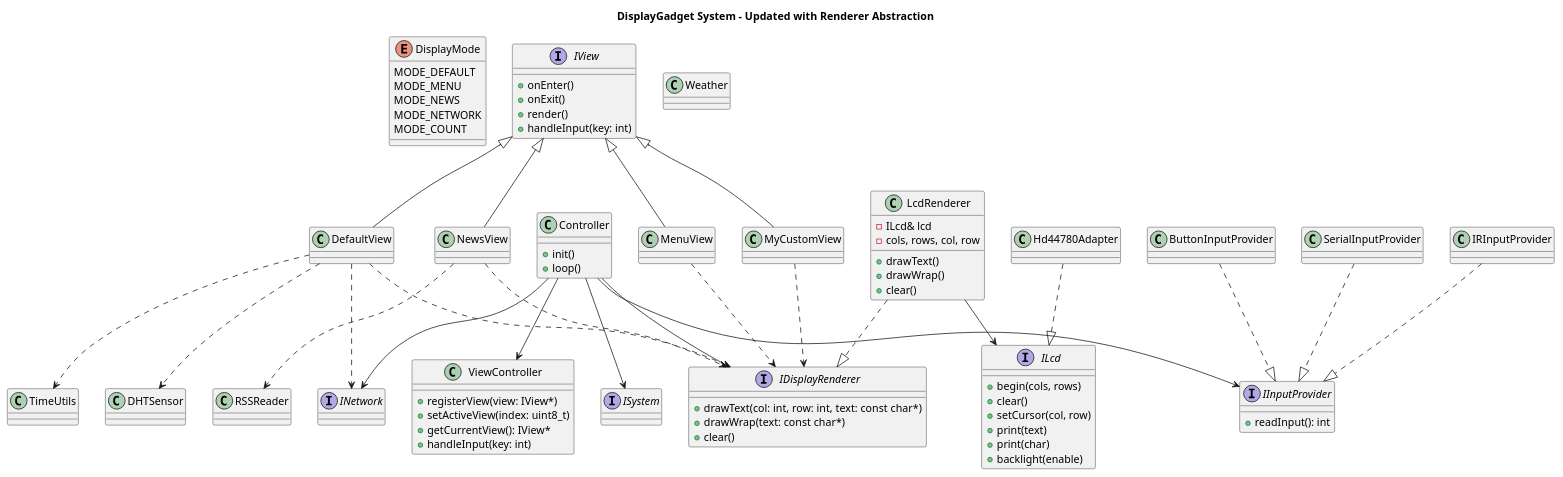
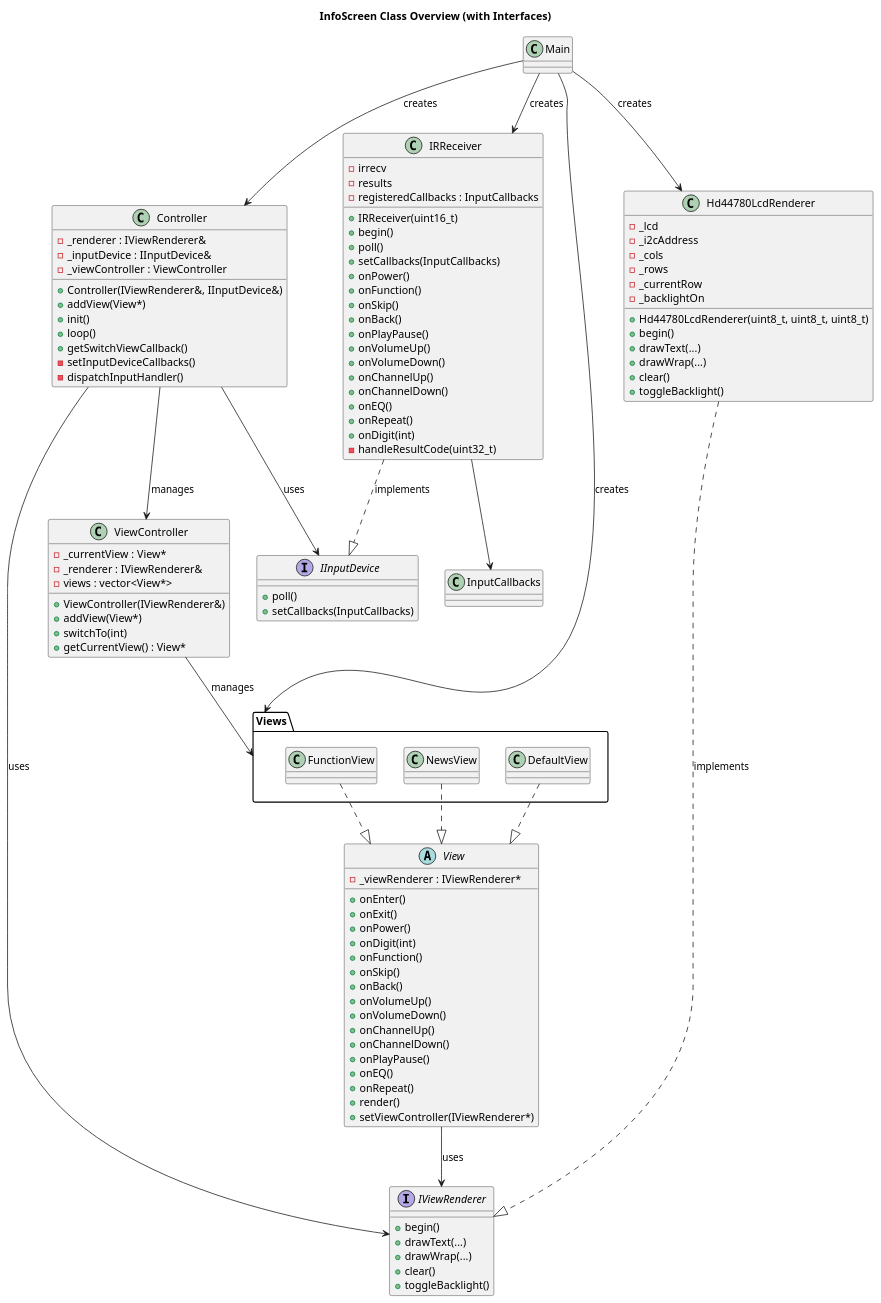
Before and after one commit to mholthaus99/InfoScreen: the diagram in trial.puml, drawn with PlantUML. The commit also changed other lines of this file and 36 other files, not shown here.

```diff
--- a/trial.puml
+++ b/trial.puml
@@ -1,114 +1,137 @@
 @startuml
-title DisplayGadget System - Updated with Renderer Abstraction
+title InfoScreen Class Overview (with Interfaces)
 
-' ==== ENUM ====
-enum DisplayMode {
-    MODE_DEFAULT
-    MODE_MENU
-    MODE_NEWS
-    MODE_NETWORK
-    MODE_COUNT
+' ==== INTERFACES ====
+interface IViewRenderer {
+    +begin()
+    +drawText(...)
+    +drawWrap(...)
+    +clear()
+    +toggleBacklight()
 }
 
-' ==== CORE CONTROLLERS ====
+interface IInputDevice {
+    +poll()
+    +setCallbacks(InputCallbacks)
+}
+
+' ==== CONTROLLER LAYER ====
 class Controller {
+    +Controller(IViewRenderer&, IInputDevice&)
+    +addView(View*)
     +init()
     +loop()
+    +getSwitchViewCallback()
+    -setInputDeviceCallbacks()
+    -dispatchInputHandler()
+    -_renderer : IViewRenderer&
+    -_inputDevice : IInputDevice&
+    -_viewController : ViewController
 }
 
 class ViewController {
-    +registerView(view: IView*)
-    +setActiveView(index: uint8_t)
-    +getCurrentView(): IView*
-    +handleInput(key: int)
+    +ViewController(IViewRenderer&)
+    +addView(View*)
+    +switchTo(int)
+    +getCurrentView() : View*
+    -_currentView : View*
+    -_renderer : IViewRenderer&
+    -views : vector<View*>
 }
 
-' ==== INTERFACES ====
-interface IView {
+' ==== VIEW LAYER ====
+abstract class View {
     +onEnter()
     +onExit()
+    +onPower()
+    +onDigit(int)
+    +onFunction()
+    +onSkip()
+    +onBack()
+    +onVolumeUp()
+    +onVolumeDown()
+    +onChannelUp()
+    +onChannelDown()
+    +onPlayPause()
+    +onEQ()
+    +onRepeat()
     +render()
-    +handleInput(key: int)
+    +setViewController(IViewRenderer*)
+    -_viewRenderer : IViewRenderer*
 }
 
-interface IDisplayRenderer {
-    +drawText(col: int, row: int, text: const char*)
-    +drawWrap(text: const char*)
-    +clear()
+package "Views"{
+class DefaultView
+class FunctionView
+class NewsView
 }
 
-interface ILcd {
-    +begin(cols, rows)
+' ==== RENDERER & INPUT ====
+class Hd44780LcdRenderer {
+    +Hd44780LcdRenderer(uint8_t, uint8_t, uint8_t)
+    +begin()
+    +drawText(...)
+    +drawWrap(...)
     +clear()
-    +setCursor(col, row)
-    +print(text)
-    +print(char)
-    +backlight(enable)
+    +toggleBacklight()
+    -_lcd
+    -_i2cAddress
+    -_cols
+    -_rows
+    -_currentRow
+    -_backlightOn
 }
 
-interface IInputProvider {
-    +readInput(): int
+class IRReceiver {
+    +IRReceiver(uint16_t)
+    +begin()
+    +poll()
+    +setCallbacks(InputCallbacks)
+    +onPower()
+    +onFunction()
+    +onSkip()
+    +onBack()
+    +onPlayPause()
+    +onVolumeUp()
+    +onVolumeDown()
+    +onChannelUp()
+    +onChannelDown()
+    +onEQ()
+    +onRepeat()
+    +onDigit(int)
+    -handleResultCode(uint32_t)
+    -irrecv
+    -results
+    -registeredCallbacks : InputCallbacks
 }
 
-interface INetwork
-interface ISystem
+class InputCallbacks
 
-' ==== DISPLAY IMPLEMENTATION ====
-class LcdRenderer {
-    -ILcd& lcd
-    -cols, rows, col, row
-    +drawText()
-    +drawWrap()
-    +clear()
-}
-
-LcdRenderer ..|> IDisplayRenderer
-LcdRenderer --> ILcd
-
-class Hd44780Adapter
-Hd44780Adapter ..|> ILcd
-
-' ==== INPUTS ====
-class IRInputProvider
-class ButtonInputProvider
-class SerialInputProvider
-
-IRInputProvider ..|> IInputProvider
-ButtonInputProvider ..|> IInputProvider
-SerialInputProvider ..|> IInputProvider
-
-' ==== VIEWS ====
-class DefaultView
-class MenuView
-class NewsView
-class MyCustomView
-
-IView <|-- DefaultView
-IView <|-- MenuView
-IView <|-- NewsView
-IView <|-- MyCustomView
-
-DefaultView ..> IDisplayRenderer
-MenuView ..> IDisplayRenderer
-NewsView ..> IDisplayRenderer
-MyCustomView ..> IDisplayRenderer
-
-DefaultView ..> INetwork
-DefaultView ..> TimeUtils
-DefaultView ..> DHTSensor
-NewsView ..> RSSReader
-
-' ==== SYSTEM MODULES ====
-class DHTSensor
-class TimeUtils
-class RSSReader
-class Weather
+' ==== MAIN ENTRY ====
+class Main
 
 ' ==== RELATIONSHIPS ====
-Controller --> ViewController
-Controller --> IInputProvider
-Controller --> IDisplayRenderer
-Controller --> INetwork
-Controller --> ISystem
+Main --> Controller : creates
+Main --> Hd44780LcdRenderer : creates
+Main --> IRReceiver : creates
+Main --> Views : creates
+
+
+Controller --> ViewController : manages
+Controller --> IViewRenderer : uses
+Controller --> IInputDevice : uses
+
+ViewController --> Views : manages
+
+
+DefaultView ..|> View 
+FunctionView ..|> View 
+NewsView ..|> View 
+
+Hd44780LcdRenderer ..|> IViewRenderer : implements
+IRReceiver ..|> IInputDevice : implements
+IRReceiver --> InputCallbacks
+
+View --> IViewRenderer : uses
 
 @enduml
```
